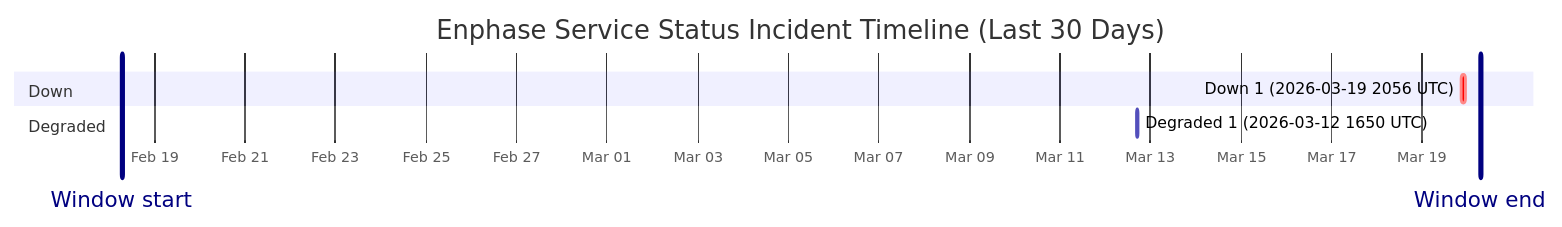
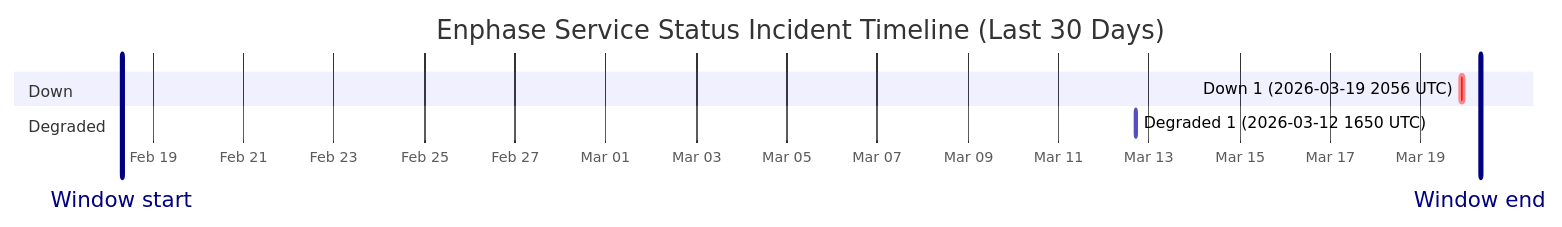
Before and after one commit to barneyonline/ha-enphase-ev-charger: the diagram in wiki/Service-Status-History.md, drawn with Mermaid. The commit also changed other lines of this file and 3 other files, not shown here.

````diff
--- a/wiki/Service-Status-History.md
+++ b/wiki/Service-Status-History.md
@@ -14,12 +14,12 @@
 ```mermaid
 gantt
     title Enphase Service Status Incident Timeline (Last 30 Days)
     dateFormat  YYYY-MM-DDTHH:mm:ss
     axisFormat  %b %d
-    Window start :vert, window-start, 2026-02-18T06:42:11, 0ms
-    Window end :vert, window-end, 2026-03-20T06:42:11, 0ms
+    Window start :vert, window-start, 2026-02-18T07:39:34, 0ms
+    Window end :vert, window-end, 2026-03-20T07:39:34, 0ms
     section Down
     Down 1 (2026-03-19 2056 UTC) :crit, down-1, 2026-03-19T20:56:20, 145m
     section Degraded
     Degraded 1 (2026-03-12 1650 UTC) :active, degraded-1, 2026-03-12T16:50:43, 60m
 ```
````
